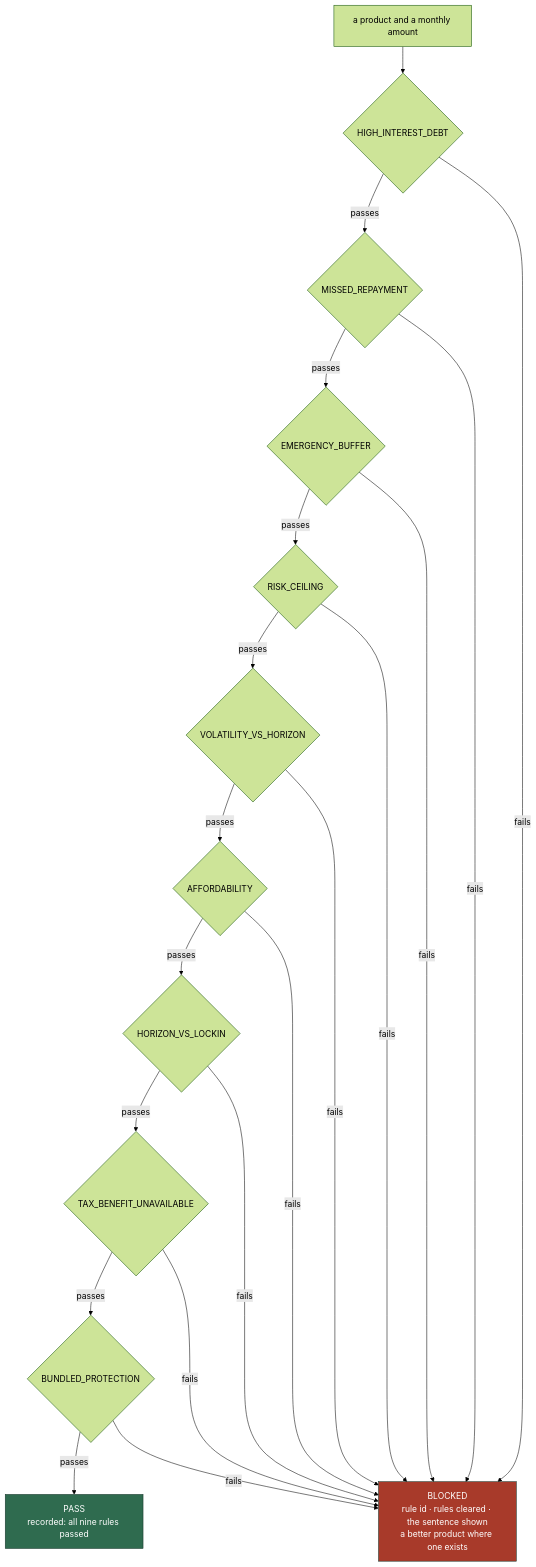
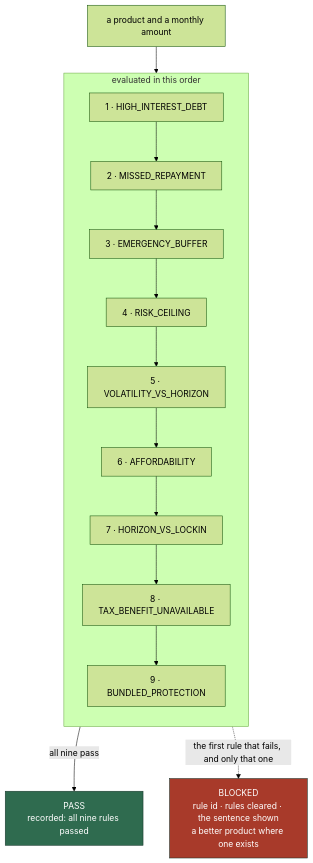
Before and after one commit to dhan-sarthi/dhan-sarthi: the third of 4 diagrams in README.md, drawn with Mermaid (forest theme).

Commit message:
Compact the rule-order diagram
Nine diamonds each fanning an edge into BLOCKED rendered as a very tall
column. The rules now read as one ordered chain with a single edge for the
first failure, which is also a truer picture of how evaluate() works.

````diff
--- a/README.md
+++ b/README.md
@@ -117,17 +117,15 @@
 ```mermaid
 flowchart TB
-    P["a product and a monthly amount"] --> R1{"HIGH_INTEREST_DEBT"}
-    R1 -->|passes| R2{"MISSED_REPAYMENT"}
-    R2 -->|passes| R3{"EMERGENCY_BUFFER"}
-    R3 -->|passes| R4{"RISK_CEILING"}
-    R4 -->|passes| R5{"VOLATILITY_VS_HORIZON"}
-    R5 -->|passes| R6{"AFFORDABILITY"}
-    R6 -->|passes| R7{"HORIZON_VS_LOCKIN"}
-    R7 -->|passes| R8{"TAX_BENEFIT_UNAVAILABLE"}
-    R8 -->|passes| R9{"BUNDLED_PROTECTION"}
-    R9 -->|passes| OK["PASS<br/>recorded: all nine rules passed"]
-    R1 & R2 & R3 & R4 & R5 & R6 & R7 & R8 & R9 -->|fails| B["BLOCKED<br/>rule id · rules cleared · the sentence shown<br/>a better product where one exists"]
+    P["a product and a monthly amount"] --> R1
+    subgraph chain["evaluated in this order"]
+      direction TB
+      R1["1 · HIGH_INTEREST_DEBT"] --> R2["2 · MISSED_REPAYMENT"] --> R3["3 · EMERGENCY_BUFFER"]
+      R3 --> R4["4 · RISK_CEILING"] --> R5["5 · VOLATILITY_VS_HORIZON"] --> R6["6 · AFFORDABILITY"]
+      R6 --> R7["7 · HORIZON_VS_LOCKIN"] --> R8["8 · TAX_BENEFIT_UNAVAILABLE"] --> R9["9 · BUNDLED_PROTECTION"]
+    end
+    R9 -->|all nine pass| OK["PASS<br/>recorded: all nine rules passed"]
+    chain -.->|the first rule that fails, and only that one| B["BLOCKED<br/>rule id · rules cleared · the sentence shown<br/>a better product where one exists"]
 
     style B fill:#a83a2a,color:#fff,stroke:#16342a
     style OK fill:#2f6b4f,color:#fff,stroke:#16342a
 ```
````
